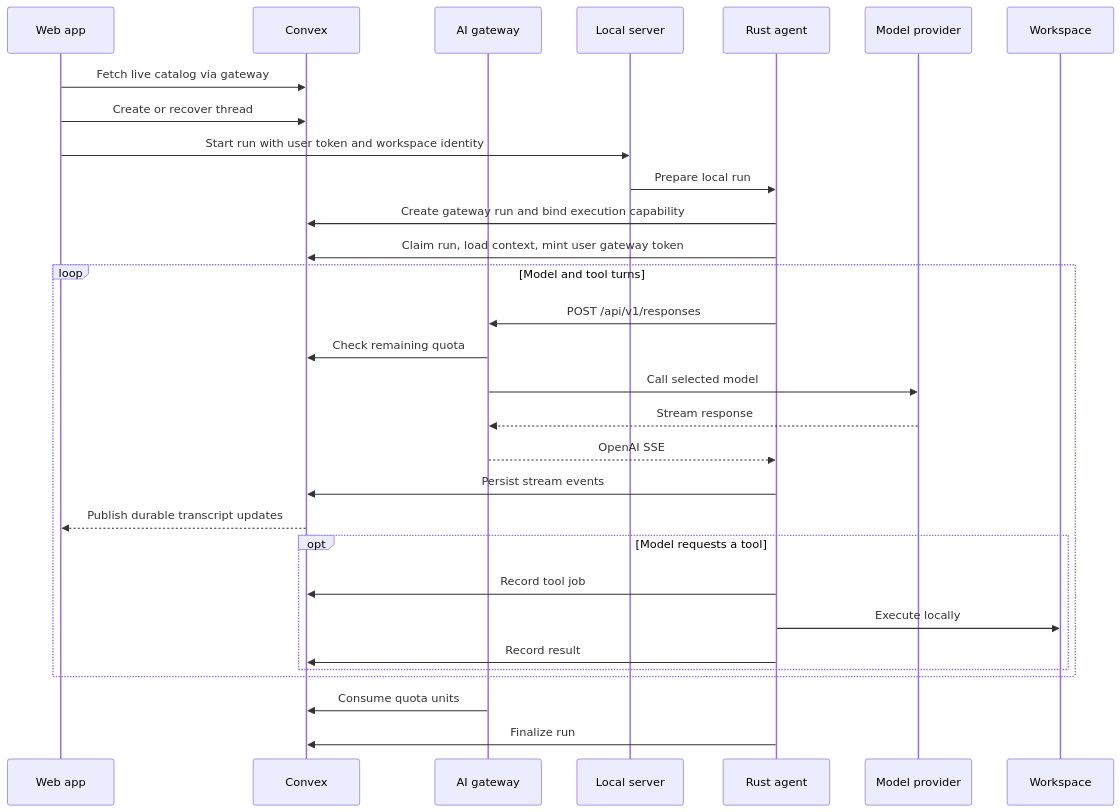
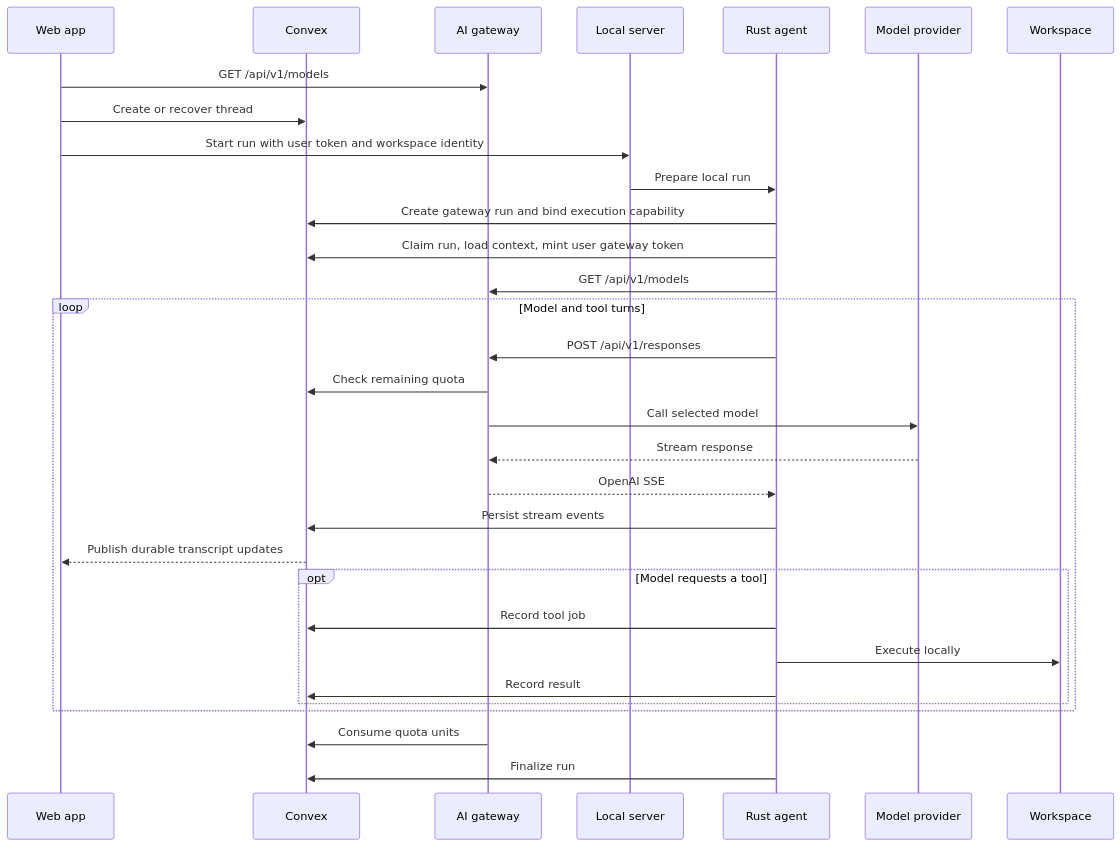
Before and after one commit to spikonado/sprocket: the second of 2 diagrams in ARCHITECTURE.md, drawn with Mermaid. The commit also changed other lines of this file and 25 other files, not shown here.

First line of the commit message:
refactor(models): Load the model catalog from the AI gateway

````diff
--- a/ARCHITECTURE.md
+++ b/ARCHITECTURE.md
@@ -120,33 +120,34 @@
 ```mermaid
 sequenceDiagram
     participant UI as Web app
     participant C as Convex
     participant G as AI gateway
     participant S as Local server
     participant A as Rust agent
     participant M as Model provider
     participant W as Workspace
 
-    UI->>C: Fetch live catalog via gateway
+    UI->>G: GET /api/v1/models
     UI->>C: Create or recover thread
     UI->>S: Start run with user token and workspace identity
     S->>A: Prepare local run
     A->>C: Create gateway run and bind execution capability
     A->>C: Claim run, load context, mint user gateway token
+    A->>G: GET /api/v1/models
     loop Model and tool turns
         A->>G: POST /api/v1/responses
         G->>C: Check remaining quota
         G->>M: Call selected model
         M-->>G: Stream response
         G-->>A: OpenAI SSE
         A->>C: Persist stream events
         C-->>UI: Publish durable transcript updates
         opt Model requests a tool
             A->>C: Record tool job
             A->>W: Execute locally
             A->>C: Record result
         end
     end
     G->>C: Consume quota units
     A->>C: Finalize run
 ```
````
